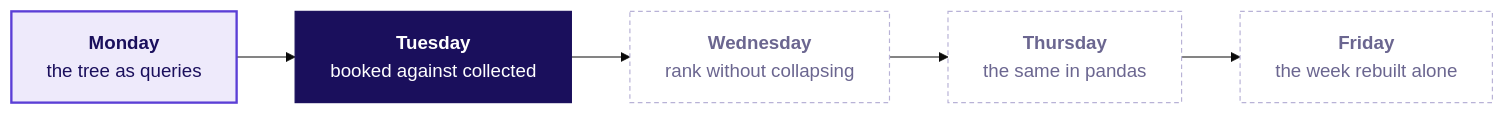
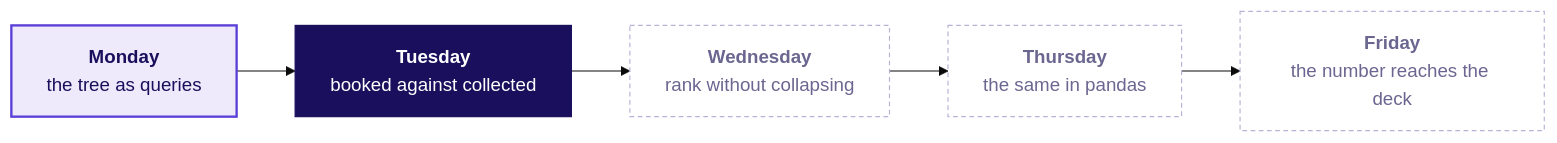
Before and after one commit to fde-academy-lab/c2-content-factory: the first of 2 diagrams in content/W02/D2/study-notes/C2_W02_D02_notes_STUDENT.md, drawn with Mermaid (base theme). The commit also changed 2 other files, not shown here.

Commit message:
W02 D2 day sheet and provenance: every trap with its Kalpa wrong number, the plant table, the day's numbers, the interview answers, and the sources behind them
The day sheet's module, date and faculty-day blocks are filled by sync_programme.py. The study
notes' week map now names Friday's real topic.

Claude-Session: https://claude.ai/code/session_01ThM5vB6pYDtWFjAoGhCN6K

````diff
--- a/content/W02/D2/study-notes/C2_W02_D02_notes_STUDENT.md
+++ b/content/W02/D2/study-notes/C2_W02_D02_notes_STUDENT.md
@@ -37,13 +37,13 @@
 ```mermaid
 flowchart LR
     M["<b>Monday</b><br/>the tree as queries"] --> T["<b>Tuesday</b><br/>booked against collected"]
     T --> W["<b>Wednesday</b><br/>rank without collapsing"]
     W --> H["<b>Thursday</b><br/>the same in pandas"]
-    H --> F["<b>Friday</b><br/>the week rebuilt alone"]
+    H --> F["<b>Friday</b><br/>the number reaches the deck"]
     classDef bet fill:#1A0F5C,stroke:#1A0F5C,color:#FFFFFF
     classDef known fill:#EEEAFB,stroke:#5B3FD6,color:#1A0F5C,stroke-width:2px
     classDef unknown fill:#FFFFFF,stroke:#B8B2D6,color:#6B6690,stroke-dasharray:4 3
     class T bet
     class M known
     class W,H,F unknown
 ```
````
